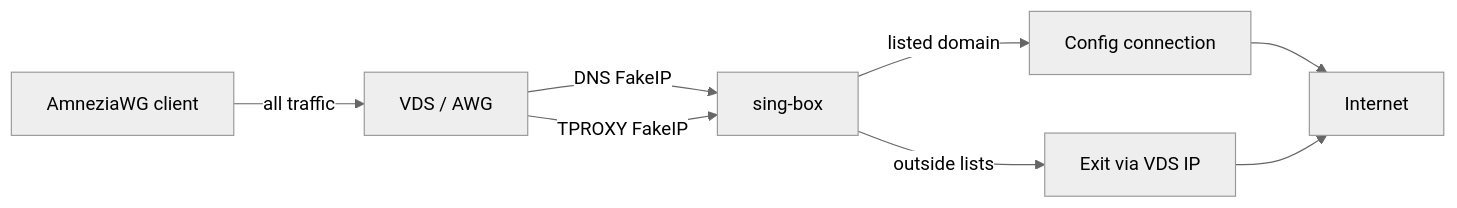
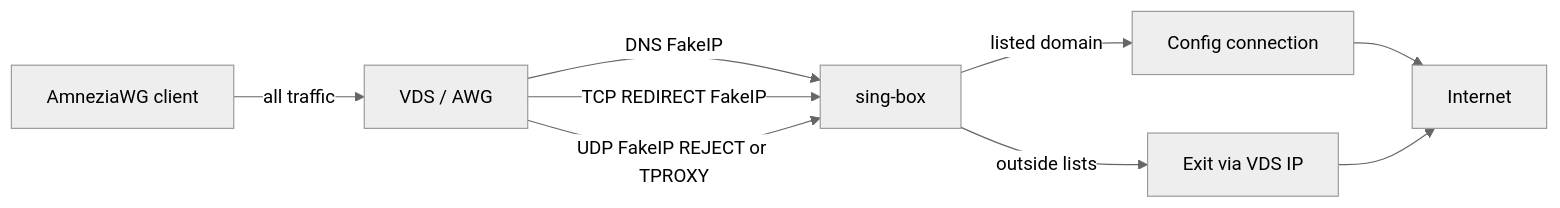
Before and after one commit to alt-plus-255/awg-gui: the diagram in readme/en/resolver.md, drawn with Mermaid (neutral theme). The commit also changed other lines of this file and 35 other files, not shown here.

````diff
--- a/readme/en/resolver.md
+++ b/readme/en/resolver.md
@@ -25,10 +25,11 @@
 ```mermaid
 flowchart LR
   Client[AmneziaWG client] -->|all traffic| VDS[VDS / AWG]
   VDS -->|DNS FakeIP| SB[sing-box]
-  VDS -->|TPROXY FakeIP| SB
+  VDS -->|TCP REDIRECT FakeIP| SB
+  VDS -->|UDP FakeIP REJECT or TPROXY| SB
   SB -->|listed domain| Conn[Config connection]
   SB -->|outside lists| VDSip[Exit via VDS IP]
   Conn --> Internet[Internet]
   VDSip --> Internet
 ```
````
